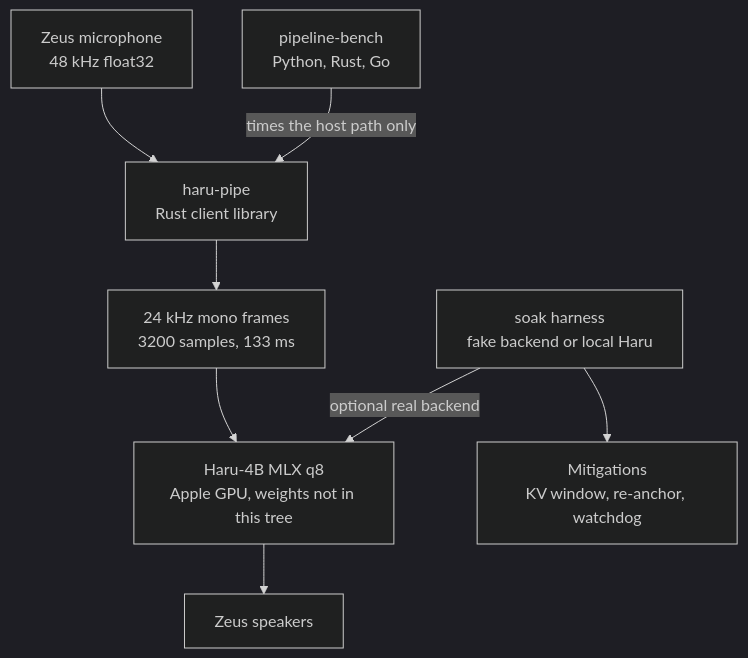
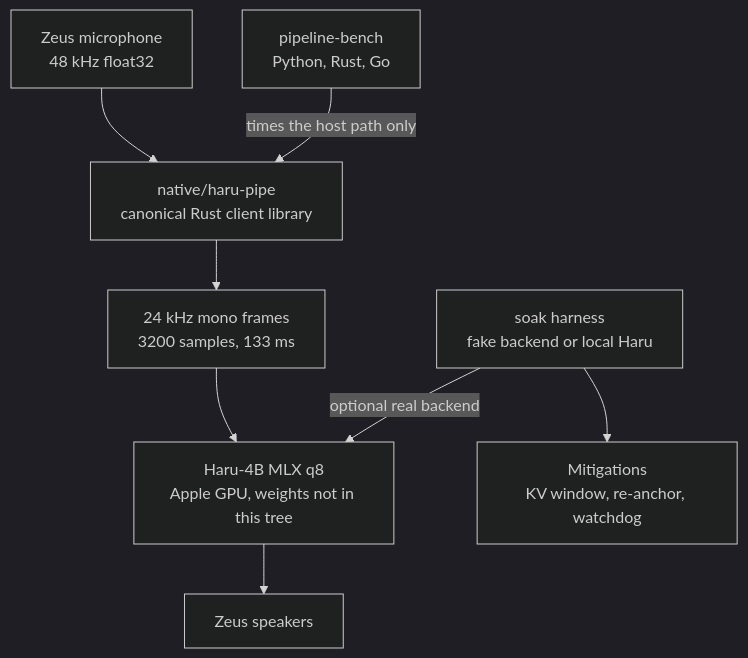
One commit to mysticalsin/Zeus-native changed the diagram in tools/echo-voice/README.md. Above: the diagram before and after it, drawn with Mermaid (dark theme). The commit also changed other lines of this file and 24 other files, not shown here.

First line of the commit message:
Point Echo's README at native/haru-pipe.

````diff
--- a/tools/echo-voice/README.md
+++ b/tools/echo-voice/README.md
@@ -26,16 +30,16 @@
 ```mermaid
 flowchart TB
   mic["Zeus microphone<br/>48 kHz float32"]
-  pipe["haru-pipe<br/>Rust client library"]
+  pipe["native/haru-pipe<br/>canonical Rust client library"]
   frames["24 kHz mono frames<br/>3200 samples, 133 ms"]
   haru["Haru-4B MLX q8<br/>Apple GPU, weights not in this tree"]
   play["Zeus speakers"]
   bench["pipeline-bench<br/>Python, Rust, Go"]
   soak["soak harness<br/>fake backend or local Haru"]
   mitigations["Mitigations<br/>KV window, re-anchor, watchdog"]
 
   mic --> pipe --> frames --> haru --> play
   bench -->|"times the host path only"| pipe
   soak --> mitigations
   soak -->|"optional real backend"| haru
 ```
````
